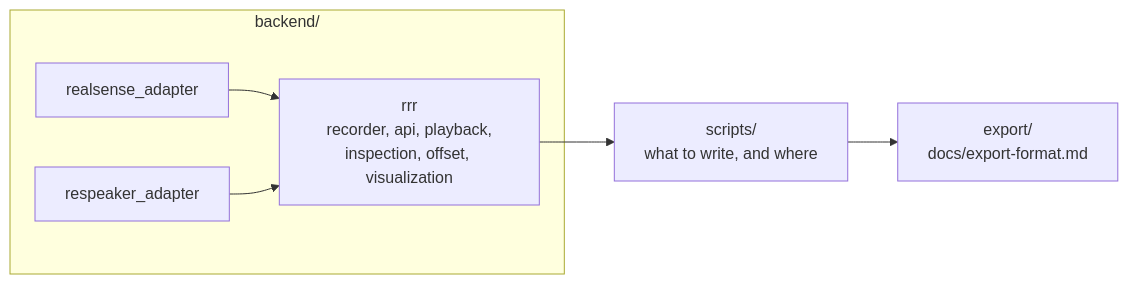
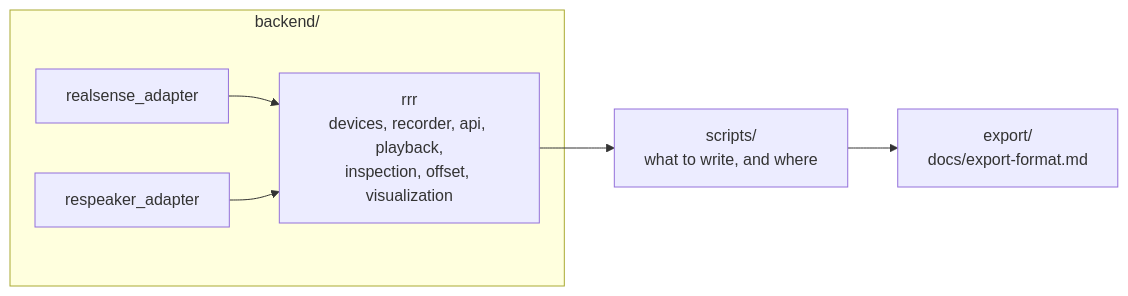
One commit to tkanek0/rererecorder changed the diagram in docs/decisions.md. Above: the diagram before and after it, drawn with Mermaid. The commit also changed other lines of this file and 5 other files, not shown here.

````diff
--- a/docs/decisions.md
+++ b/docs/decisions.md
@@ -1032,12 +1015,12 @@
 ```mermaid
 flowchart LR
     subgraph backend/
         RS[realsense_adapter]
         RA[respeaker_adapter]
-        RRR["rrr<br/>recorder, api, playback,<br/>inspection, offset, visualization"]
+        RRR["rrr<br/>devices, recorder, api, playback,<br/>inspection, offset, visualization"]
     end
     SC["scripts/<br/>what to write, and where"]
     EX["export/<br/>docs/export-format.md"]
     RS --> RRR
     RA --> RRR --> SC --> EX
 ```
````
